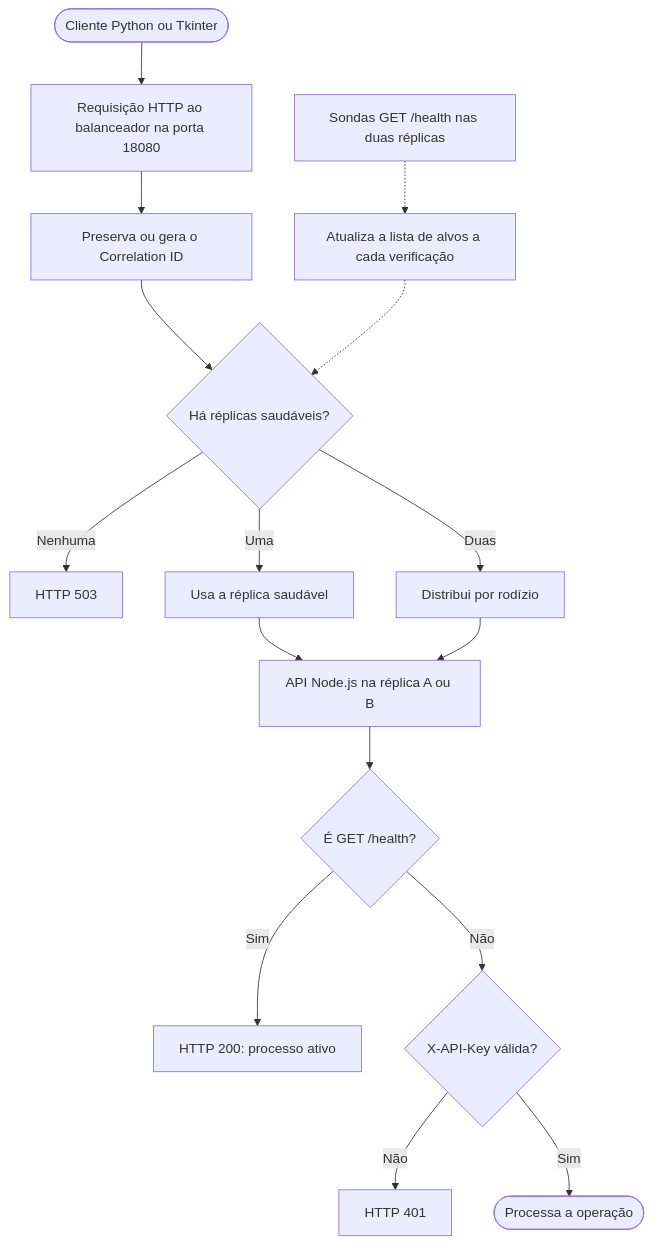
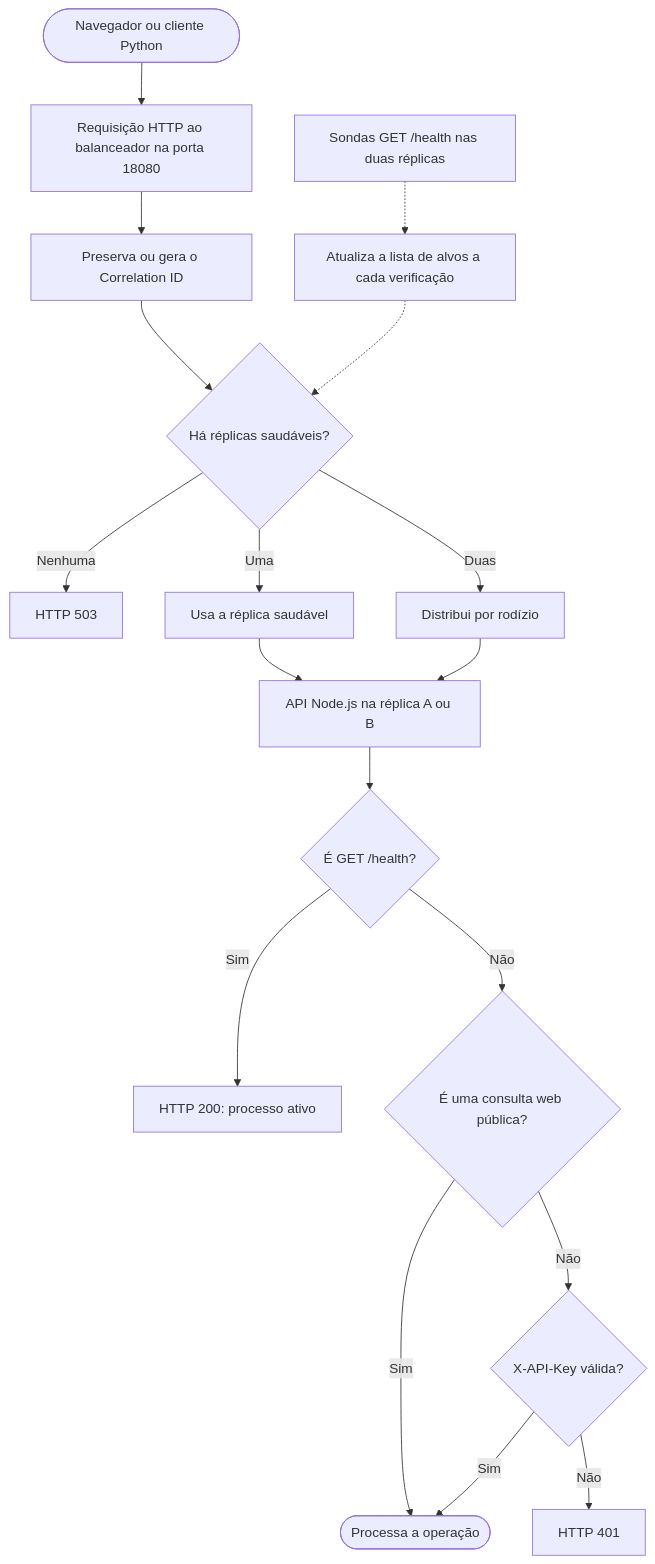
The first of 4 diagrams in README.md (Luizsj2/TDE-API-REST-SAC-Bahia), drawn with Mermaid before and after one commit. The commit also changed other lines of this file and 16 other files, not shown here.

````diff
--- a/README.md
+++ b/README.md
@@ -36,18 +50,20 @@
 ```mermaid
 flowchart TD
-    Cliente([Cliente Python ou Tkinter]) --> Entrada["Requisição HTTP ao balanceador na porta 18080"]
+    Cliente([Navegador ou cliente Python]) --> Entrada["Requisição HTTP ao balanceador na porta 18080"]
     Entrada --> Correlacao["Preserva ou gera o Correlation ID"]
     Correlacao --> Alvos{"Há réplicas saudáveis?"}
     Sondas["Sondas GET /health nas duas réplicas"] -.-> Estado["Atualiza a lista de alvos a cada verificação"]
     Estado -.-> Alvos
     Alvos -->|Nenhuma| Falha["HTTP 503"]
     Alvos -->|Uma| Remanescente["Usa a réplica saudável"]
     Alvos -->|Duas| Rodizio["Distribui por rodízio"]
     Remanescente --> API["API Node.js na réplica A ou B"]
     Rodizio --> API
     API --> Saude{"É GET /health?"}
     Saude -->|Sim| Saudavel["HTTP 200: processo ativo"]
-    Saude -->|Não| Chave{"X-API-Key válida?"}
+    Saude -->|Não| Publica{"É uma consulta web pública?"}
+    Publica -->|Sim| Operacao
+    Publica -->|Não| Chave{"X-API-Key válida?"}
     Chave -->|Não| Negado["HTTP 401"]
     Chave -->|Sim| Operacao([Processa a operação])
 ```
````
